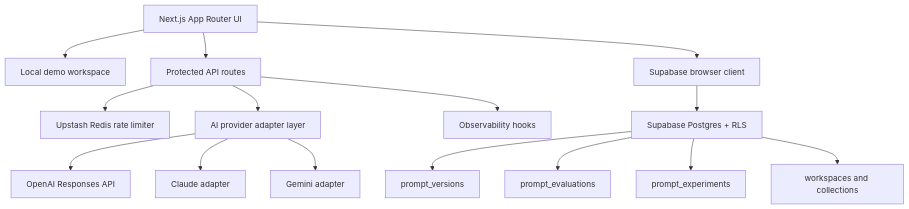
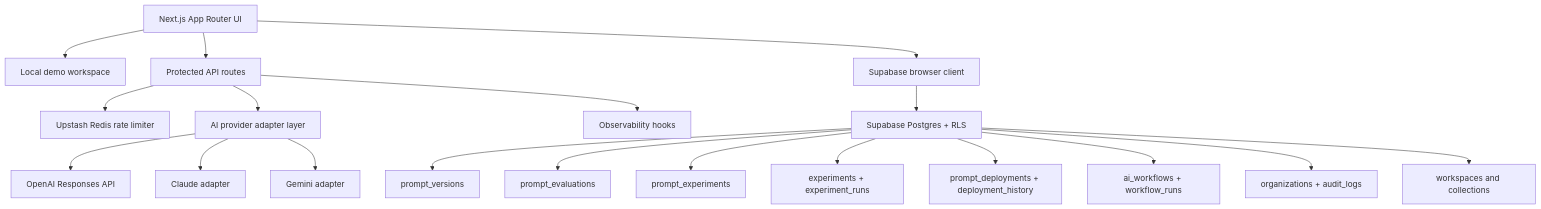
Before and after one commit to obone410/AI-Prompt-Management-Platform: the second of 2 diagrams in README.md, drawn with Mermaid. The commit also changed other lines of this file and 19 other files, not shown here.

Commit message:
Upgrade PromptDeck AI to workflow OS v2

````diff
--- a/README.md
+++ b/README.md
@@ -78,17 +92,21 @@
 ```mermaid
 flowchart TD
   UI["Next.js App Router UI"] --> Local["Local demo workspace"]
   UI --> API["Protected API routes"]
   UI --> SupabaseClient["Supabase browser client"]
   API --> RateLimit["Upstash Redis rate limiter"]
   API --> Providers["AI provider adapter layer"]
   Providers --> OpenAI["OpenAI Responses API"]
   Providers --> Claude["Claude adapter"]
   Providers --> Gemini["Gemini adapter"]
   API --> Observability["Observability hooks"]
   SupabaseClient --> RLS["Supabase Postgres + RLS"]
   RLS --> Versions["prompt_versions"]
   RLS --> Evaluations["prompt_evaluations"]
   RLS --> Experiments["prompt_experiments"]
+  RLS --> OSExperiments["experiments + experiment_runs"]
+  RLS --> Deployments["prompt_deployments + deployment_history"]
+  RLS --> Workflows["ai_workflows + workflow_runs"]
+  RLS --> Orgs["organizations + audit_logs"]
   RLS --> Workspaces["workspaces and collections"]
 ```
````
